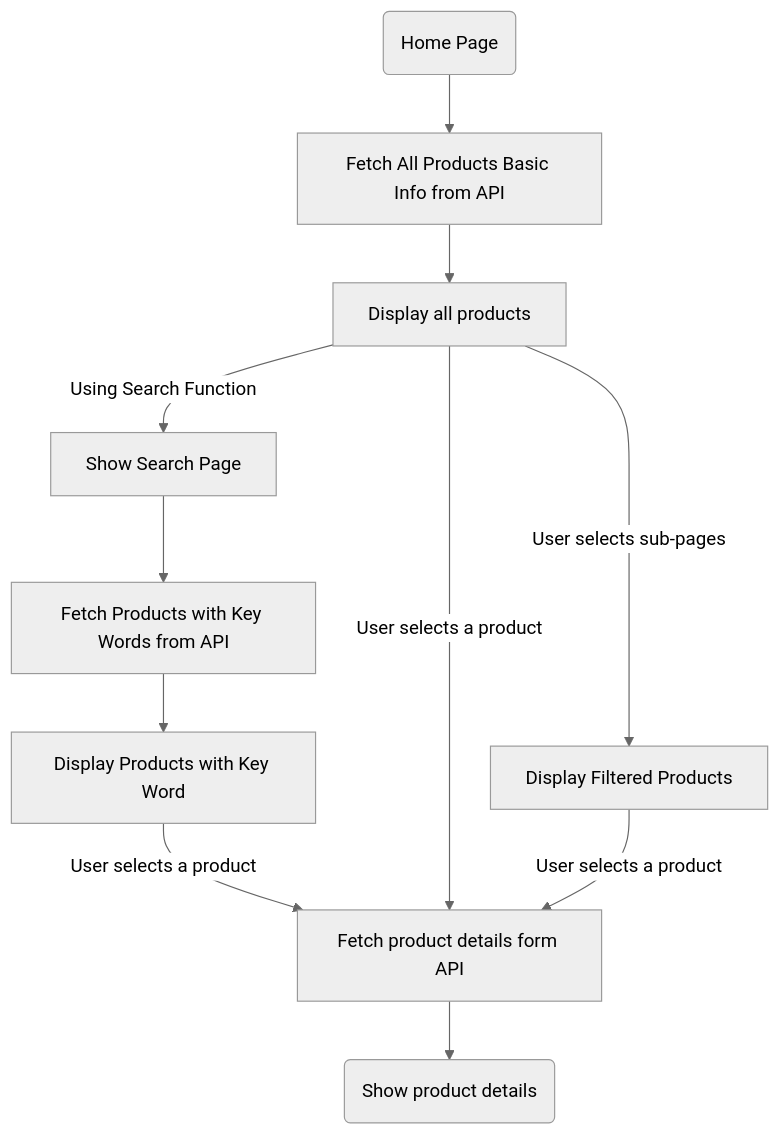
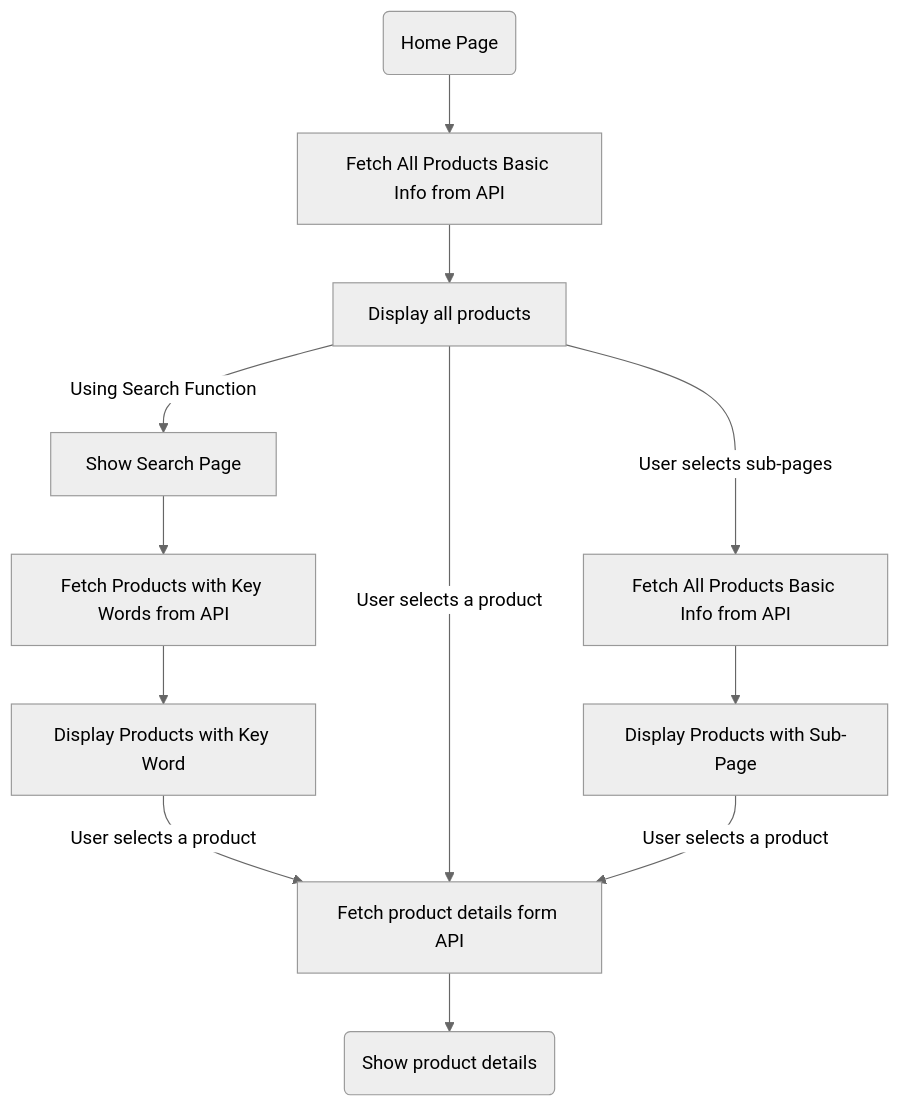
Before and after one commit to CestMerNeil/KASA: the first of 2 diagrams in kommande-access-gui/README.md, drawn with Mermaid (neutral theme). The commit also changed other lines of this file and 8 other files, not shown here.

````diff
--- a/kommande-access-gui/README.md
+++ b/kommande-access-gui/README.md
@@ -33,13 +33,14 @@
 ```mermaid
 flowchart TD
     A(Home Page) --> B[Fetch All Products Basic Info from API]
     C -->|Using Search Function| G[Show Search Page]
     G --> H[Fetch Products with Key Words from API]
     H --> I[Display Products with Key Word]
     I -->|User selects a product| D
     B --> C[Display all products]
     C -->|User selects a product| D
-    C -->|User selects sub-pages| E[Display Filtered Products]
-    E -->|User selects a product| D[Fetch product details form API]
+    C -->|User selects sub-pages| E[Fetch All Products Basic Info from API]
+    E --> K[Display Products with Sub-Page]
+    K -->|User selects a product| D[Fetch product details form API]
     D --> F(Show product details)
 ```
````
